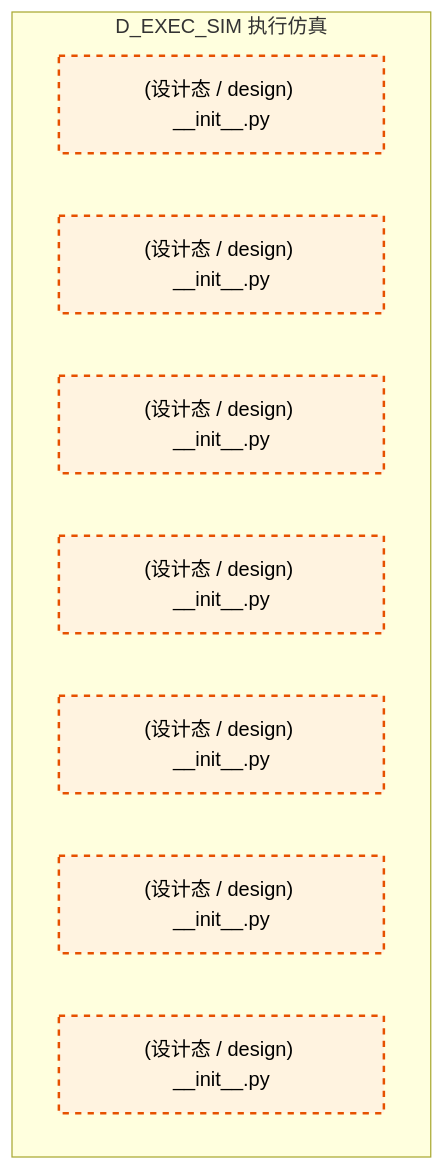
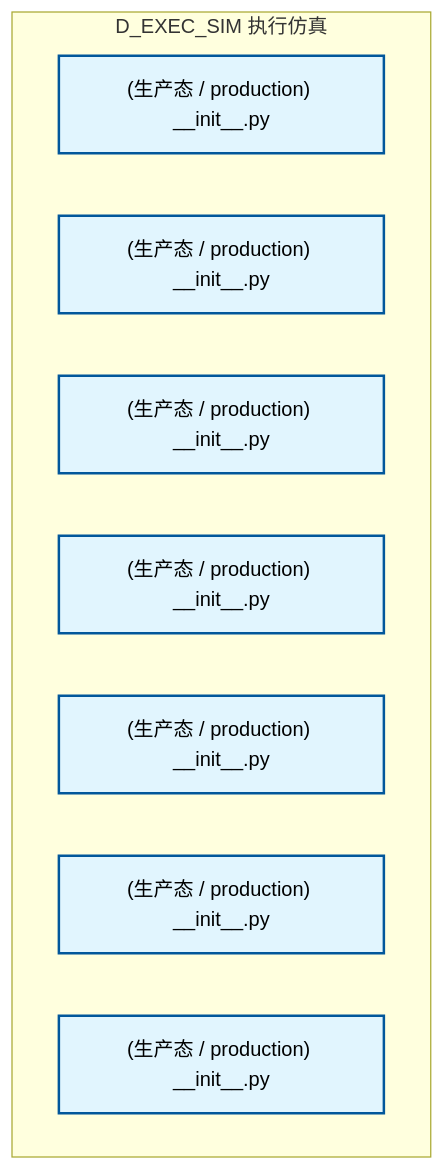
One commit to xuanFelixVan/ZephyrAlpha changed the second of 2 diagrams in docs/02_enterprise_architecture/02_domain_architecture_docs/33_d_exec_sim.md. Above: the diagram before and after it, drawn with Mermaid. The commit also changed other lines of this file and 128 other files, not shown here.

````diff
--- a/docs/02_enterprise_architecture/02_domain_architecture_docs/33_d_exec_sim.md
+++ b/docs/02_enterprise_architecture/02_domain_architecture_docs/33_d_exec_sim.md
@@ -102,17 +89,17 @@
 ```mermaid
 graph TD
     subgraph D_EXEC_SIM["D_EXEC_SIM 执行仿真"]
-        src_zephyr_execution_simulation_init_py["(设计态 / design) __init__.py"]
-        src_zephyr_execution_simulation_extensions_init_py["(设计态 / design) __init__.py"]
-        src_zephyr_execution_simulation_api_init_py["(设计态 / design) __init__.py"]
-        src_zephyr_execution_simulation_core_init_py["(设计态 / design) __init__.py"]
-        src_zephyr_execution_simulation_infrastructure_init_py["(设计态 / design) __init__.py"]
-        src_zephyr_execution_simulation_models_init_py["(设计态 / design) __init__.py"]
-        src_zephyr_execution_simulation_services_init_py["(设计态 / design) __init__.py"]
+        src_zephyr_execution_simulation_init_py["(生产态 / production) __init__.py"]
+        src_zephyr_execution_simulation_extensions_init_py["(生产态 / production) __init__.py"]
+        src_zephyr_execution_simulation_api_init_py["(生产态 / production) __init__.py"]
+        src_zephyr_execution_simulation_core_init_py["(生产态 / production) __init__.py"]
+        src_zephyr_execution_simulation_infrastructure_init_py["(生产态 / production) __init__.py"]
+        src_zephyr_execution_simulation_models_init_py["(生产态 / production) __init__.py"]
+        src_zephyr_execution_simulation_services_init_py["(生产态 / production) __init__.py"]
     end
     classDef production fill:#e1f5fe,stroke:#01579b,stroke-width:2px,color:#000
     classDef design fill:#fff3e0,stroke:#e65100,stroke-width:2px,color:#000,stroke-dasharray: 5 5
     classDef external_prod fill:#e8f5e9,stroke:#1b5e20,stroke-width:1px,color:#000
     classDef external_design fill:#fce4ec,stroke:#880e4f,stroke-width:1px,color:#000,stroke-dasharray: 5 5
-    class src_zephyr_execution_simulation_init_py,src_zephyr_execution_simulation_extensions_init_py,src_zephyr_execution_simulation_api_init_py,src_zephyr_execution_simulation_core_init_py,src_zephyr_execution_simulation_infrastructure_init_py,src_zephyr_execution_simulation_models_init_py,src_zephyr_execution_simulation_services_init_py design
+    class src_zephyr_execution_simulation_init_py,src_zephyr_execution_simulation_extensions_init_py,src_zephyr_execution_simulation_api_init_py,src_zephyr_execution_simulation_core_init_py,src_zephyr_execution_simulation_infrastructure_init_py,src_zephyr_execution_simulation_models_init_py,src_zephyr_execution_simulation_services_init_py production
 ```
````
